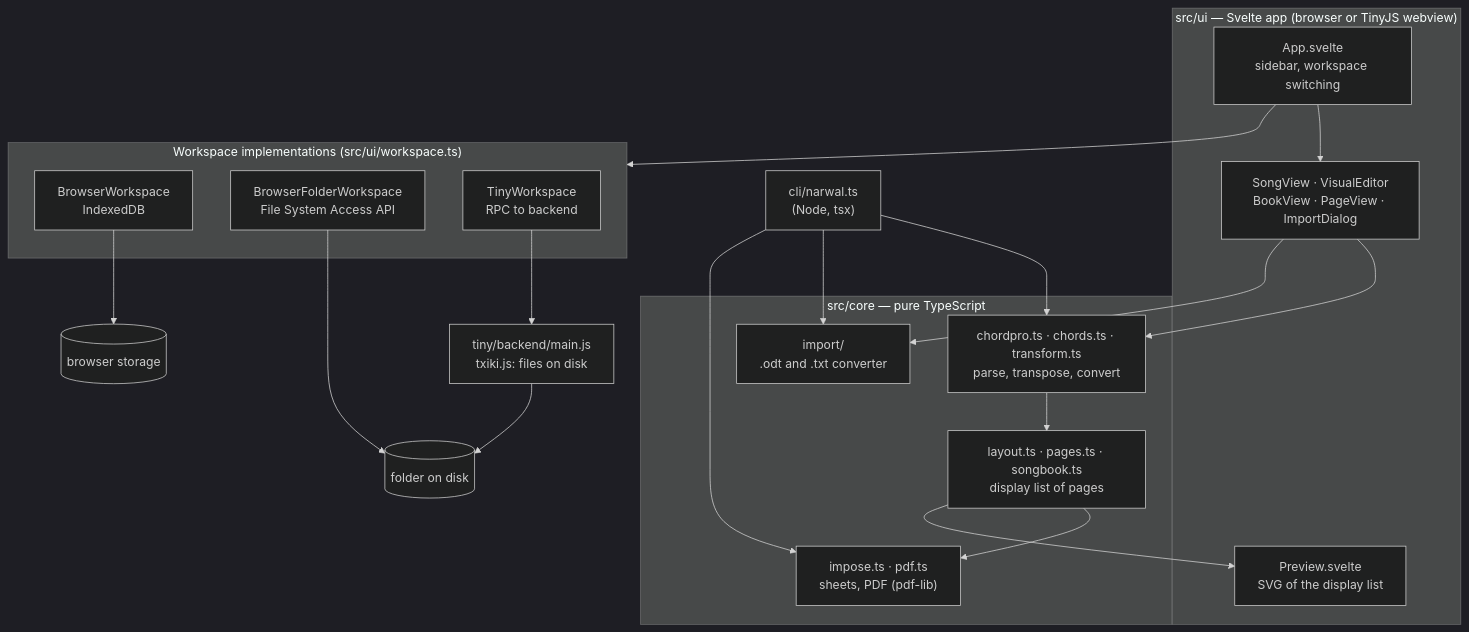
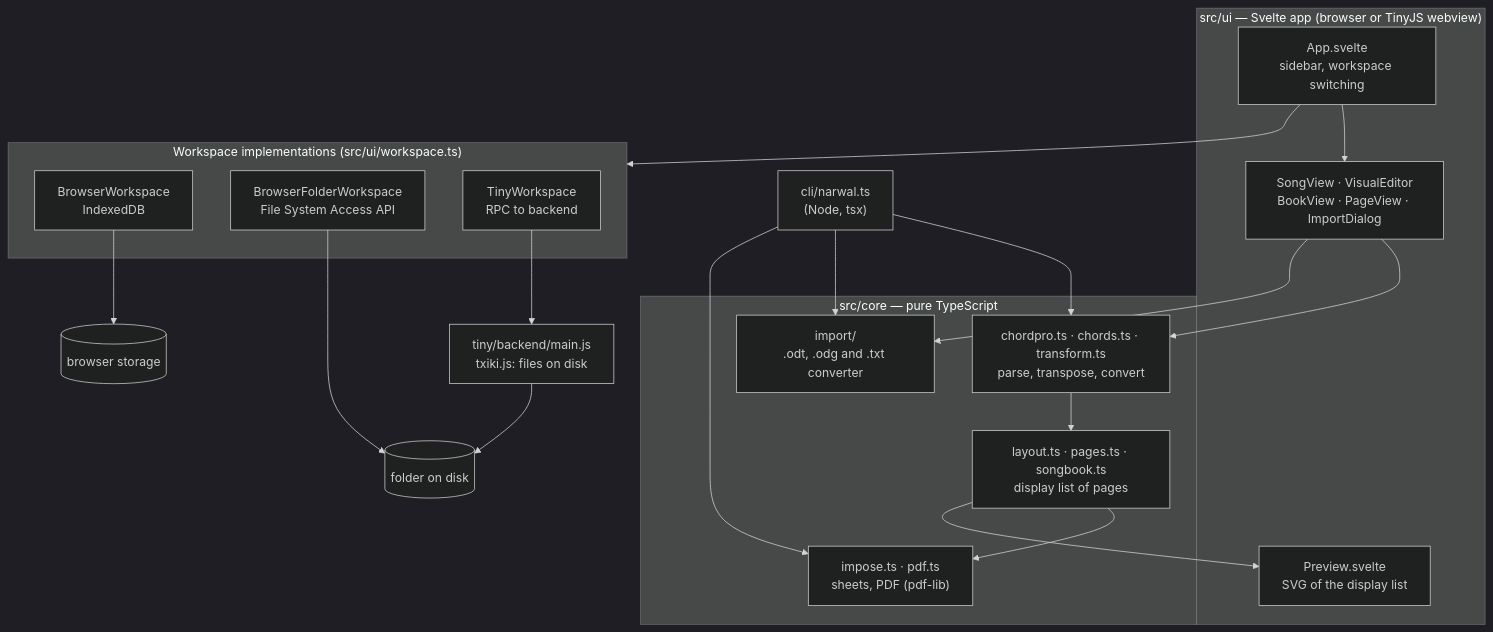
Before and after one commit to piero/singing-narwal: the diagram in docs/TECHNICAL.md, drawn with Mermaid (dark theme). The commit also changed other lines of this file and 8 other files, not shown here.

Commit message:
Import .odg files

````diff
--- a/docs/TECHNICAL.md
+++ b/docs/TECHNICAL.md
@@ -15,38 +15,38 @@
 ```mermaid
 flowchart TB
   subgraph UI["src/ui — Svelte app (browser or TinyJS webview)"]
     App["App.svelte<br/>sidebar, workspace switching"]
     Editors["SongView · VisualEditor<br/>BookView · PageView · ImportDialog"]
     Preview["Preview.svelte<br/>SVG of the display list"]
   end
 
   subgraph Core["src/core — pure TypeScript"]
     Parse["chordpro.ts · chords.ts · transform.ts<br/>parse, transpose, convert"]
     Layout["layout.ts · pages.ts · songbook.ts<br/>display list of pages"]
     Out["impose.ts · pdf.ts<br/>sheets, PDF (pdf-lib)"]
-    Import["import/<br/>.odt and .txt converter"]
+    Import["import/<br/>.odt, .odg and .txt converter"]
   end
 
   CLI["cli/narwal.ts<br/>(Node, tsx)"]
 
   subgraph Storage["Workspace implementations (src/ui/workspace.ts)"]
     BW["BrowserWorkspace<br/>IndexedDB"]
     FW["BrowserFolderWorkspace<br/>File System Access API"]
     TW["TinyWorkspace<br/>RPC to backend"]
   end
 
   Backend["tiny/backend/main.js<br/>txiki.js: files on disk"]
   Disk[("folder on disk")]
   IDB[("browser storage")]
 
   App --> Editors --> Parse --> Layout --> Out
   Layout --> Preview
   Editors --> Import
   App --> Storage
   BW --> IDB
   FW --> Disk
   TW --> Backend --> Disk
   CLI --> Parse
   CLI --> Import
   CLI --> Out
 ```
````
